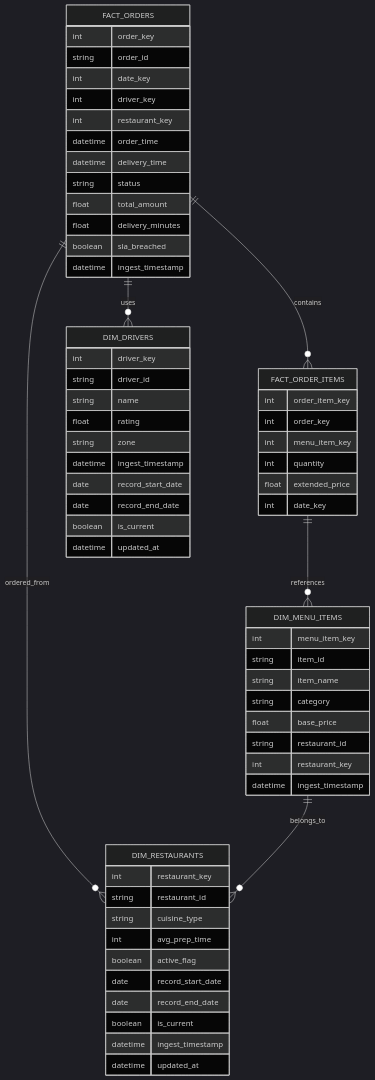
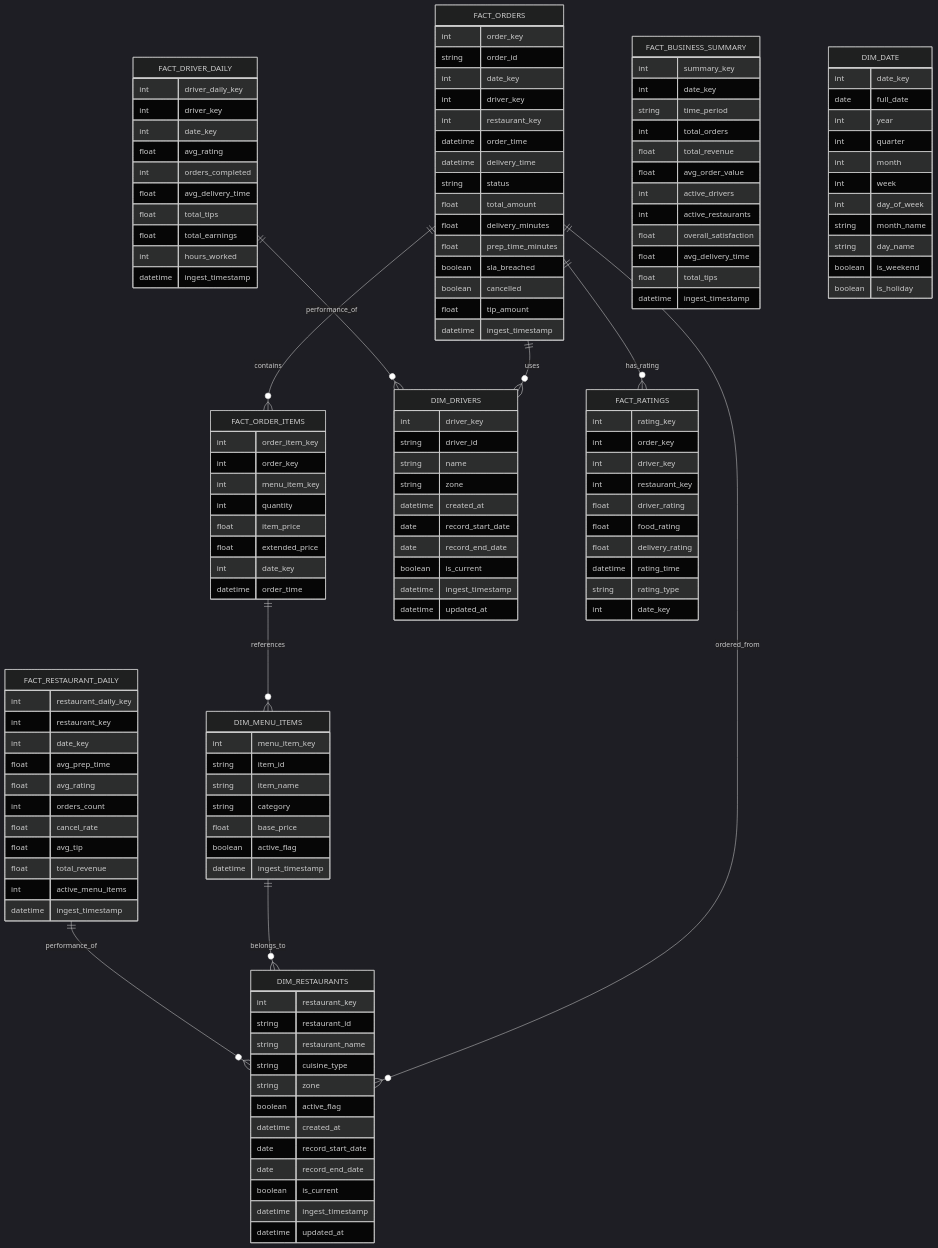
One commit to Rimidelo/WoEat---Data-Engineering---Final-Project changed the diagram in Tables/gold_tablesf.md. Above: the diagram before and after it, drawn with Mermaid (dark theme). The commit also changed 3 other files, not shown here.

Commit message:
Update ER diagrams and table structures for bronze, silver, and gold tables; rename relationships and add new fields for order items, ratings, and restaurant performance metrics.

```diff
--- a/Tables/gold_tablesf.md
+++ b/Tables/gold_tablesf.md
@@ -5,6 +5,9 @@
     FACT_ORDERS ||--o{ DIM_RESTAURANTS : ordered_from
     FACT_ORDER_ITEMS ||--o{ DIM_MENU_ITEMS : references
     DIM_MENU_ITEMS ||--o{ DIM_RESTAURANTS : belongs_to
+    FACT_ORDERS ||--o{ FACT_RATINGS : has_rating
+    FACT_RESTAURANT_DAILY ||--o{ DIM_RESTAURANTS : performance_of
+    FACT_DRIVER_DAILY ||--o{ DIM_DRIVERS : performance_of
 
     FACT_ORDERS {
         int order_key
@@ -17,7 +20,10 @@
         string status
         float total_amount
         float delivery_minutes
+        float prep_time_minutes
         boolean sla_breached
+        boolean cancelled
+        float tip_amount
         datetime ingest_timestamp
     }
 
@@ -26,29 +32,88 @@
         int order_key
         int menu_item_key
         int quantity
+        float item_price
         float extended_price
         int date_key
+        datetime order_time
+    }
+
+    FACT_RATINGS {
+        int rating_key
+        int order_key
+        int driver_key
+        int restaurant_key
+        float driver_rating
+        float food_rating
+        float delivery_rating
+        datetime rating_time
+        string rating_type
+        int date_key
+    }
+
+    FACT_RESTAURANT_DAILY {
+        int restaurant_daily_key
+        int restaurant_key
+        int date_key
+        float avg_prep_time
+        float avg_rating
+        int orders_count
+        float cancel_rate
+        float avg_tip
+        float total_revenue
+        int active_menu_items
+        datetime ingest_timestamp
+    }
+
+    FACT_DRIVER_DAILY {
+        int driver_daily_key
+        int driver_key
+        int date_key
+        float avg_rating
+        int orders_completed
+        float avg_delivery_time
+        float total_tips
+        float total_earnings
+        int hours_worked
+        datetime ingest_timestamp
+    }
+
+    FACT_BUSINESS_SUMMARY {
+        int summary_key
+        int date_key
+        string time_period
+        int total_orders
+        float total_revenue
+        float avg_order_value
+        int active_drivers
+        int active_restaurants
+        float overall_satisfaction
+        float avg_delivery_time
+        float total_tips
+        datetime ingest_timestamp
     }
 
     DIM_DRIVERS {
         int driver_key
         string driver_id
         string name
-        float rating
         string zone
-        datetime ingest_timestamp
+        datetime created_at
         date record_start_date
         date record_end_date
         boolean is_current
+        datetime ingest_timestamp
         datetime updated_at
     }
 
     DIM_RESTAURANTS {
         int restaurant_key
         string restaurant_id
+        string restaurant_name
         string cuisine_type
-        int avg_prep_time
+        string zone
         boolean active_flag
+        datetime created_at
         date record_start_date
         date record_end_date
         boolean is_current
@@ -62,9 +127,22 @@
         string item_name
         string category
         float base_price
-        string restaurant_id
-        int restaurant_key
+        boolean active_flag
         datetime ingest_timestamp
+    }
+
+    DIM_DATE {
+        int date_key
+        date full_date
+        int year
+        int quarter
+        int month
+        int week
+        int day_of_week
+        string month_name
+        string day_name
+        boolean is_weekend
+        boolean is_holiday
     }
 
 
```
